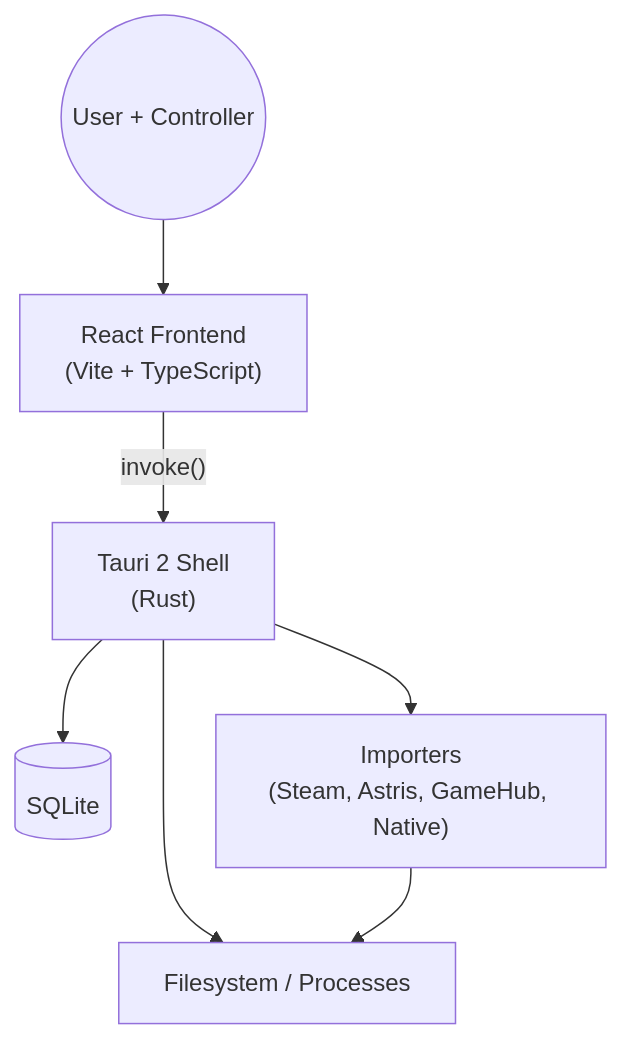
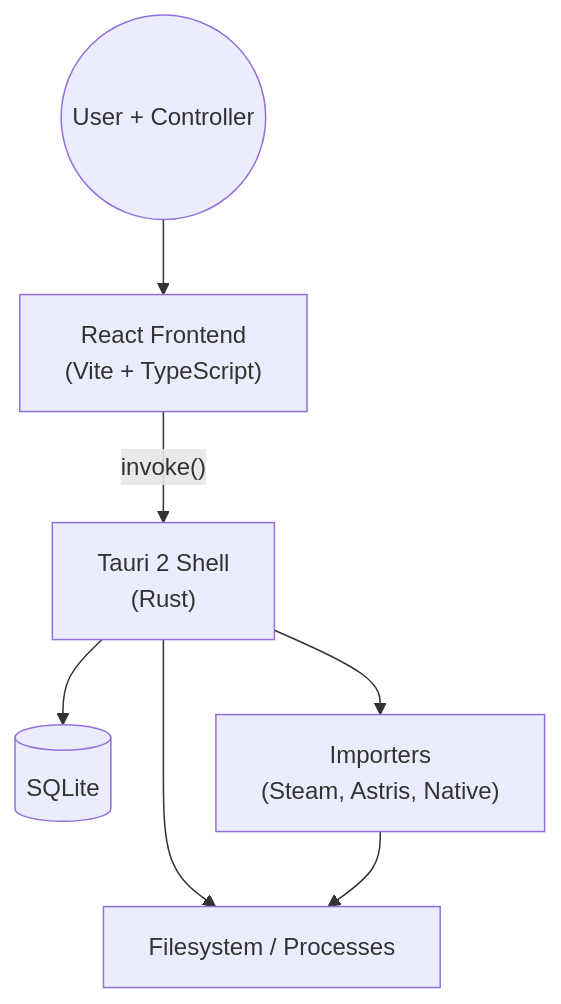
The diagram in docs/DESIGN_DOC.mdc (LFSCamargo/orbit), drawn with Mermaid before and after one commit. The commit also changed other lines of this file and 14 other files, not shown here.

````diff
--- a/docs/DESIGN_DOC.mdc
+++ b/docs/DESIGN_DOC.mdc
@@ -205,16 +215,16 @@
 ```mermaid
 graph TD
   User((User + Controller))
   React["React Frontend<br/>(Vite + TypeScript)"]
   Tauri["Tauri 2 Shell<br/>(Rust)"]
   SQLite[(SQLite)]
   FS["Filesystem / Processes"]
-  Importers["Importers<br/>(Steam, Astris, GameHub, Native)"]
+  Importers["Importers<br/>(Steam, Astris, Native)"]
 
   User --> React
   React -->|"invoke()"| Tauri
   Tauri --> SQLite
   Tauri --> FS
   Tauri --> Importers
   Importers --> FS
 ```
````
